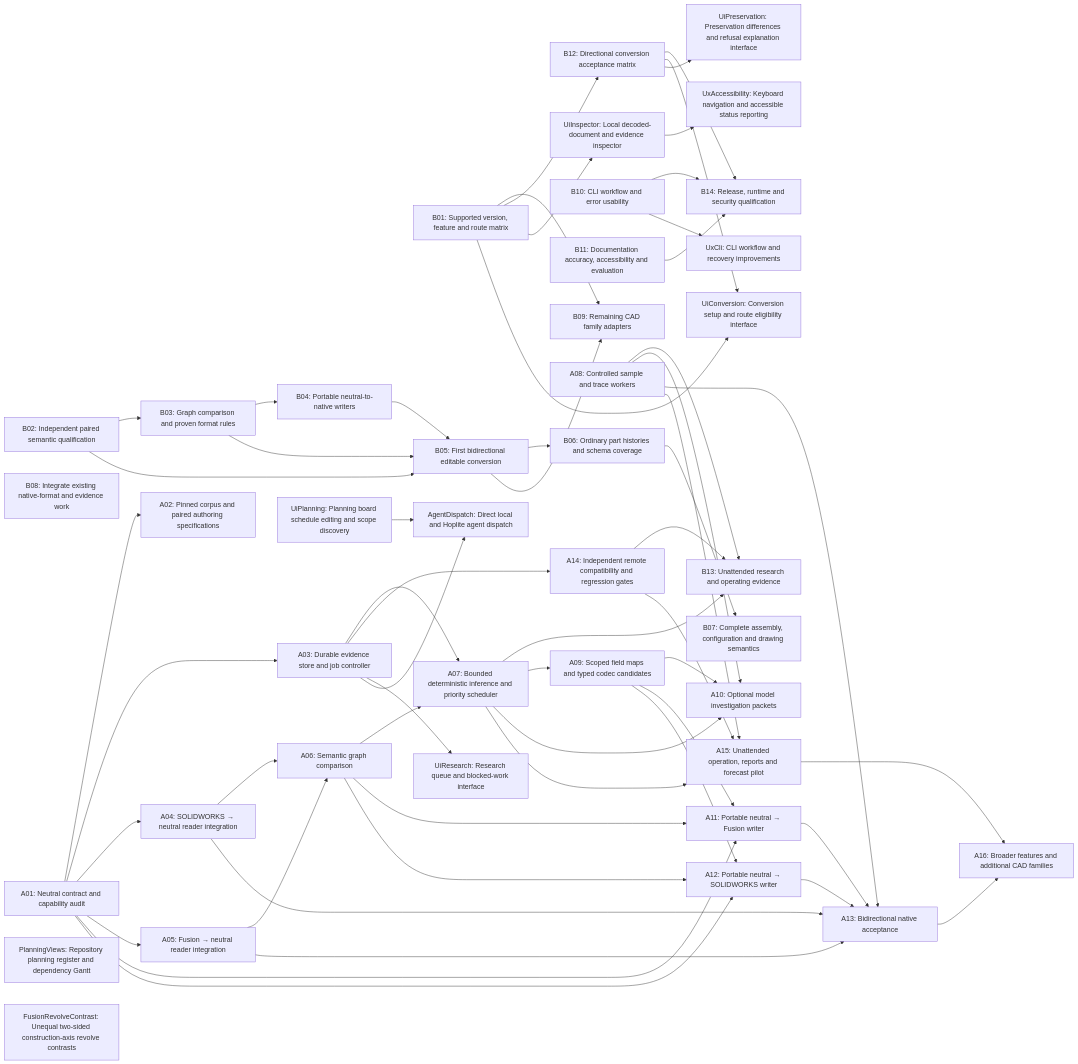
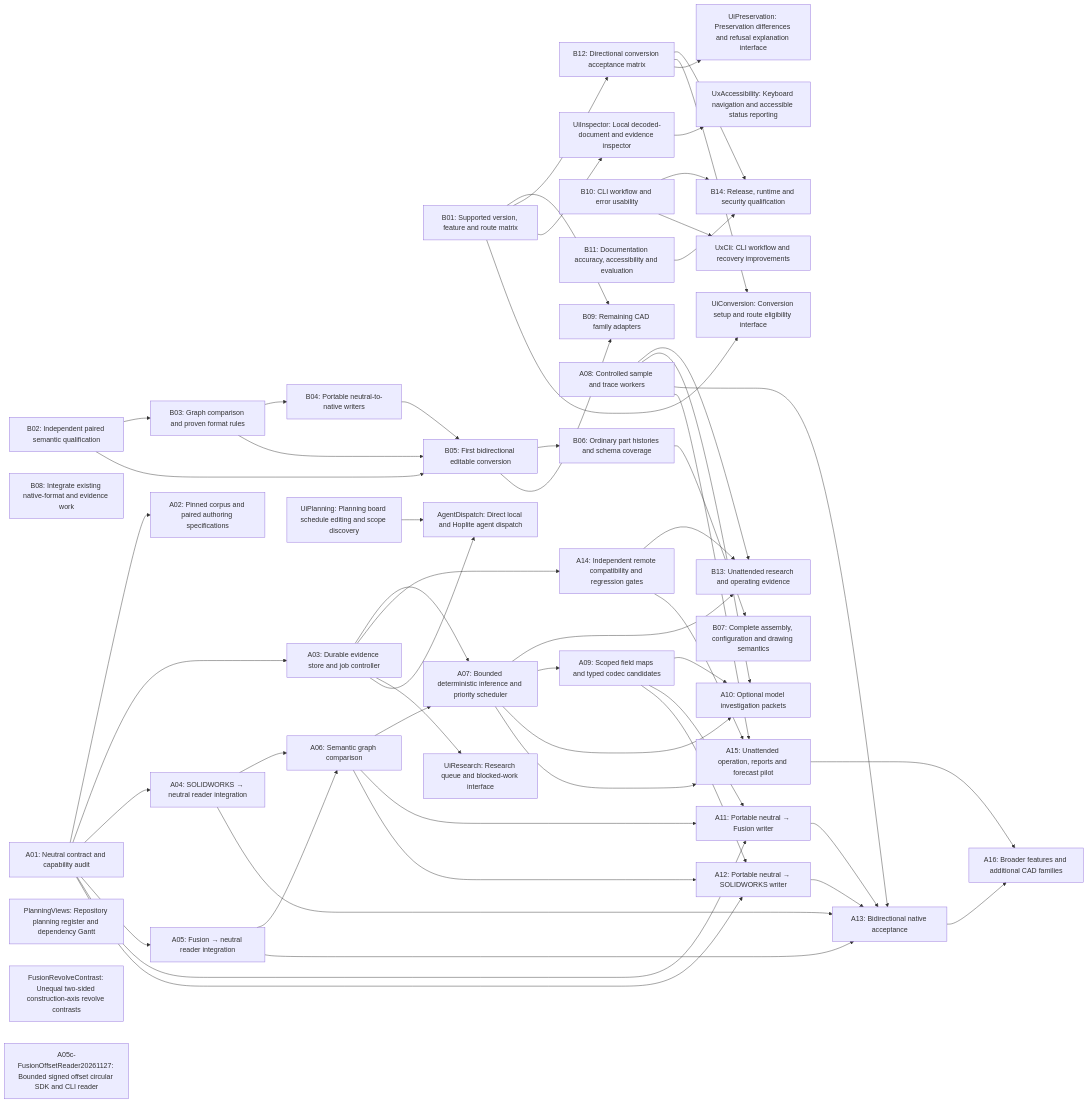
One commit to TryUniCAD/Kit changed the diagram in Documentation/Planning/Generated/Dependencies.mmd. Above: the diagram before and after it, drawn with Mermaid. The commit also changed 19 other files, not shown here.

Commit message:
fix(docs): separate offset reader claims from queued research

```diff
--- a/Documentation/Planning/Generated/Dependencies.mmd
+++ b/Documentation/Planning/Generated/Dependencies.mmd
@@ -1,95 +1,96 @@
 flowchart LR
   B01["B01: Supported version, feature and route matrix"]
   B02["B02: Independent paired semantic qualification"]
   B03["B03: Graph comparison and proven format rules"]
   B02 --> B03
   B04["B04: Portable neutral-to-native writers"]
   B03 --> B04
   B05["B05: First bidirectional editable conversion"]
   B02 --> B05
   B03 --> B05
   B04 --> B05
   B06["B06: Ordinary part histories and schema coverage"]
   B05 --> B06
   B07["B07: Complete assembly, configuration and drawing semantics"]
   B06 --> B07
   B08["B08: Integrate existing native-format and evidence work"]
   B09["B09: Remaining CAD family adapters"]
   B01 --> B09
   B05 --> B09
   B10["B10: CLI workflow and error usability"]
   B11["B11: Documentation accuracy, accessibility and evaluation"]
   B12["B12: Directional conversion acceptance matrix"]
   B01 --> B12
   B13["B13: Unattended research and operating evidence"]
   A07 --> B13
   A08 --> B13
   A14 --> B13
   B14["B14: Release, runtime and security qualification"]
   B10 --> B14
   B11 --> B14
   B12 --> B14
   A01["A01: Neutral contract and capability audit"]
   A02["A02: Pinned corpus and paired authoring specifications"]
   A01 --> A02
   A03["A03: Durable evidence store and job controller"]
   A01 --> A03
   A04["A04: SOLIDWORKS → neutral reader integration"]
   A01 --> A04
   A05["A05: Fusion → neutral reader integration"]
   A01 --> A05
   A06["A06: Semantic graph comparison"]
   A04 --> A06
   A05 --> A06
   A07["A07: Bounded deterministic inference and priority scheduler"]
   A03 --> A07
   A06 --> A07
   A08["A08: Controlled sample and trace workers"]
   A09["A09: Scoped field maps and typed codec candidates"]
   A07 --> A09
   A10["A10: Optional model investigation packets"]
   A07 --> A10
   A08 --> A10
   A09 --> A10
   A11["A11: Portable neutral → Fusion writer"]
   A01 --> A11
   A06 --> A11
   A09 --> A11
   A12["A12: Portable neutral → SOLIDWORKS writer"]
   A01 --> A12
   A06 --> A12
   A09 --> A12
   A13["A13: Bidirectional native acceptance"]
   A04 --> A13
   A05 --> A13
   A08 --> A13
   A11 --> A13
   A12 --> A13
   A14["A14: Independent remote compatibility and regression gates"]
   A03 --> A14
   A15["A15: Unattended operation, reports and forecast pilot"]
   A07 --> A15
   A08 --> A15
   A14 --> A15
   A16["A16: Broader features and additional CAD families"]
   A13 --> A16
   A15 --> A16
   PlanningViews["PlanningViews: Repository planning register and dependency Gantt"]
   FusionRevolveContrast["FusionRevolveContrast: Unequal two-sided construction-axis revolve contrasts"]
   UiInspector["UiInspector: Local decoded-document and evidence inspector"]
   B01 --> UiInspector
   UiConversion["UiConversion: Conversion setup and route eligibility interface"]
   B01 --> UiConversion
   B12 --> UiConversion
   UiPreservation["UiPreservation: Preservation differences and refusal explanation interface"]
   B12 --> UiPreservation
   UiResearch["UiResearch: Research queue and blocked-work interface"]
   A03 --> UiResearch
   UxAccessibility["UxAccessibility: Keyboard navigation and accessible status reporting"]
   UiInspector --> UxAccessibility
   UxCli["UxCli: CLI workflow and recovery improvements"]
   B10 --> UxCli
   UiPlanning["UiPlanning: Planning board schedule editing and scope discovery"]
   AgentDispatch["AgentDispatch: Direct local and Hoplite agent dispatch"]
   A03 --> AgentDispatch
   UiPlanning --> AgentDispatch
+  A05c-FusionOffsetReader20261127["A05c-FusionOffsetReader20261127: Bounded signed offset circular SDK and CLI reader"]
```
